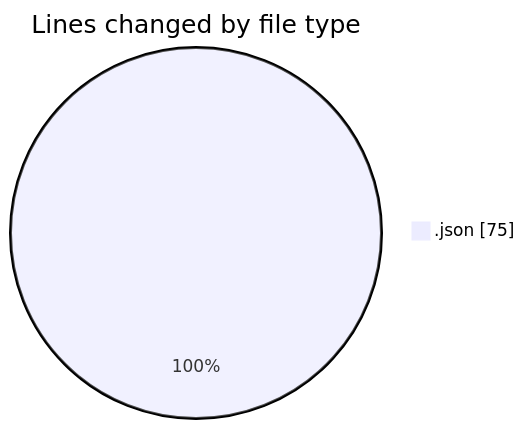
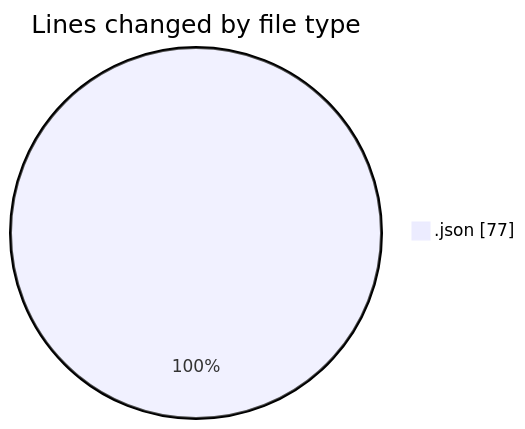
One commit to momahboobian/code-tracking changed the first of 2 diagrams in 2026-09-03/cda/README.md. Above: the diagram before and after it, drawn with Mermaid. The commit also changed other lines of this file and 1 other file, not shown here.

````diff
--- a/2026-09-03/cda/README.md
+++ b/2026-09-03/cda/README.md
@@ -20,5 +20,5 @@
 ```mermaid
 pie showData
 title Lines changed by file type
-".json" : 75
+".json" : 77
 ```
````
